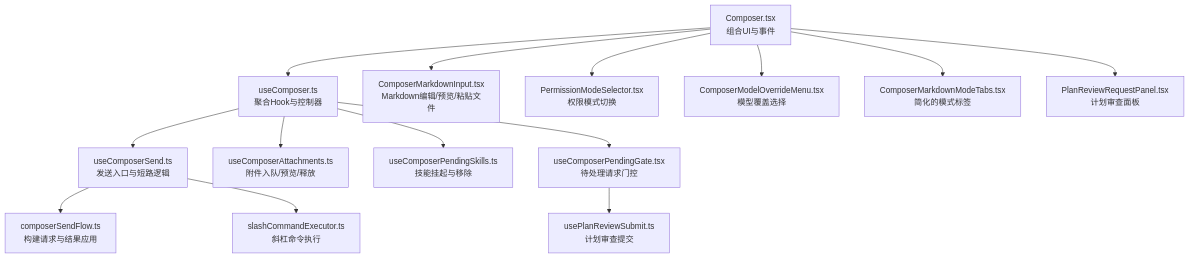
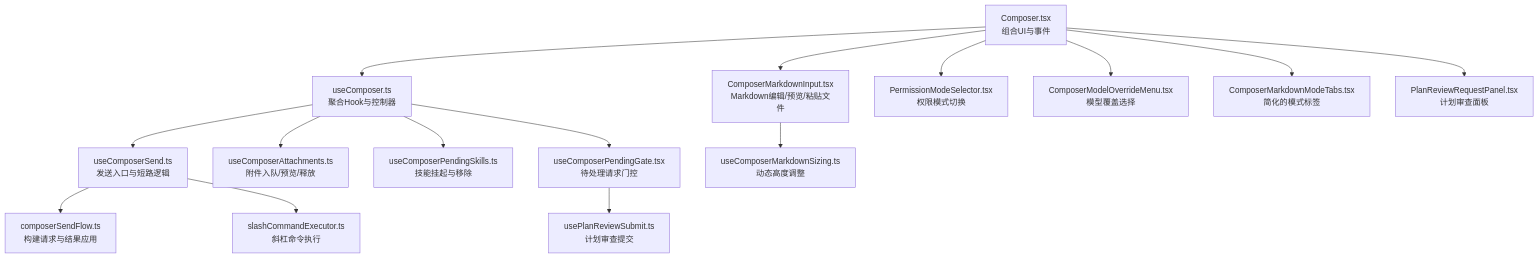
One commit to haolange/RDC-Agent changed the first of 4 diagrams in .qoder/repowiki/zh/content/用户界面/对话编辑器/对话编辑器.md. Above: the diagram before and after it, drawn with Mermaid. The commit also changed other lines of this file and 80 other files, not shown here.

````diff
--- a/.qoder/repowiki/zh/content/用户界面/对话编辑器/对话编辑器.md
+++ b/.qoder/repowiki/zh/content/用户界面/对话编辑器/对话编辑器.md
@@ -63,16 +64,17 @@
 ```mermaid
 graph TB
 A["Composer.tsx<br/>组合UI与事件"] --> B["useComposer.ts<br/>聚合Hook与控制器"]
 B --> C["useComposerSend.ts<br/>发送入口与短路逻辑"]
 C --> D["composerSendFlow.ts<br/>构建请求与结果应用"]
 B --> E["useComposerAttachments.ts<br/>附件入队/预览/释放"]
 B --> F["useComposerPendingSkills.ts<br/>技能挂起与移除"]
 A --> G["ComposerMarkdownInput.tsx<br/>Markdown编辑/预览/粘贴文件"]
-A --> H["PermissionModeSelector.tsx<br/>权限模式切换"]
-A --> I["ComposerModelOverrideMenu.tsx<br/>模型覆盖选择"]
-C --> J["slashCommandExecutor.ts<br/>斜杠命令执行"]
-A --> K["ComposerMarkdownModeTabs.tsx<br/>简化的模式标签"]
-A --> L["PlanReviewRequestPanel.tsx<br/>计划审查面板"]
-B --> M["useComposerPendingGate.tsx<br/>待处理请求门控"]
-M --> N["usePlanReviewSubmit.ts<br/>计划审查提交"]
+G --> H["useComposerMarkdownSizing.ts<br/>动态高度调整"]
+A --> I["PermissionModeSelector.tsx<br/>权限模式切换"]
+A --> J["ComposerModelOverrideMenu.tsx<br/>模型覆盖选择"]
+C --> K["slashCommandExecutor.ts<br/>斜杠命令执行"]
+A --> L["ComposerMarkdownModeTabs.tsx<br/>简化的模式标签"]
+A --> M["PlanReviewRequestPanel.tsx<br/>计划审查面板"]
+B --> N["useComposerPendingGate.tsx<br/>待处理请求门控"]
+N --> O["usePlanReviewSubmit.ts<br/>计划审查提交"]
 ```
````
